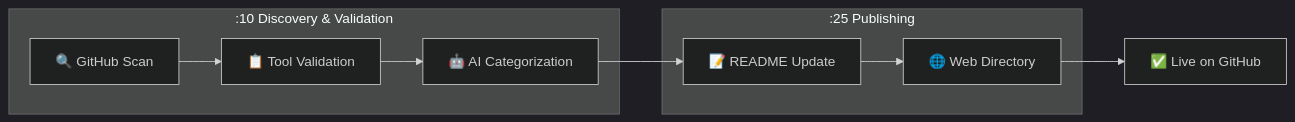
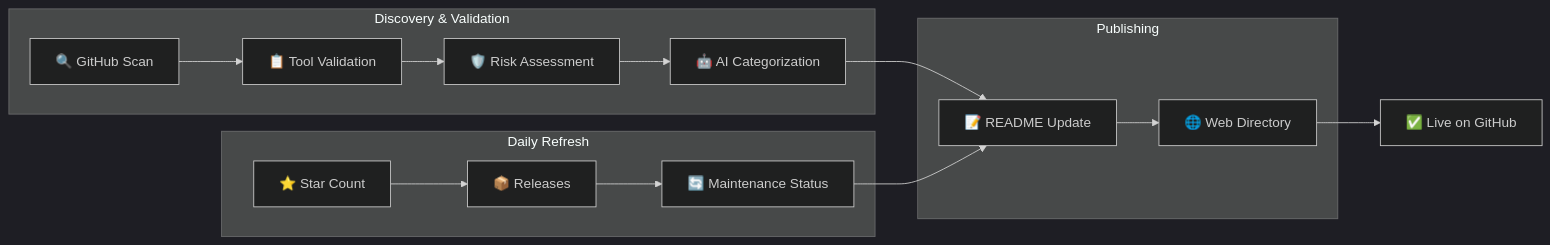
One commit to the911fund/skill-of-skills changed the diagram in README.md. Above: the diagram before and after it, drawn with Mermaid (dark theme). The commit also changed other lines of this file, not shown here.

Commit message:
Auto-update README.md with latest skills data

````diff
--- a/README.md
+++ b/README.md
@@ -258,12 +258,18 @@
 ```mermaid
 flowchart LR
-    subgraph ":10 Discovery & Validation"
+    subgraph "Discovery & Validation"
         A[🔍 GitHub Scan] --> B[📋 Tool Validation]
-        B --> C[🤖 AI Categorization]
+        B --> C[🛡️ Risk Assessment]
+        C --> D[🤖 AI Categorization]
     end
-    subgraph ":25 Publishing"
-        C --> D[📝 README Update]
-        D --> E[🌐 Web Directory]
+    subgraph "Daily Refresh"
+        E[⭐ Star Count] --> F[📦 Releases]
+        F --> G[🔄 Maintenance Status]
     end
-    E --> F[✅ Live on GitHub]
+    subgraph "Publishing"
+        D --> H[📝 README Update]
+        G --> H
+        H --> I[🌐 Web Directory]
+    end
+    I --> J[✅ Live on GitHub]
 ```
````
